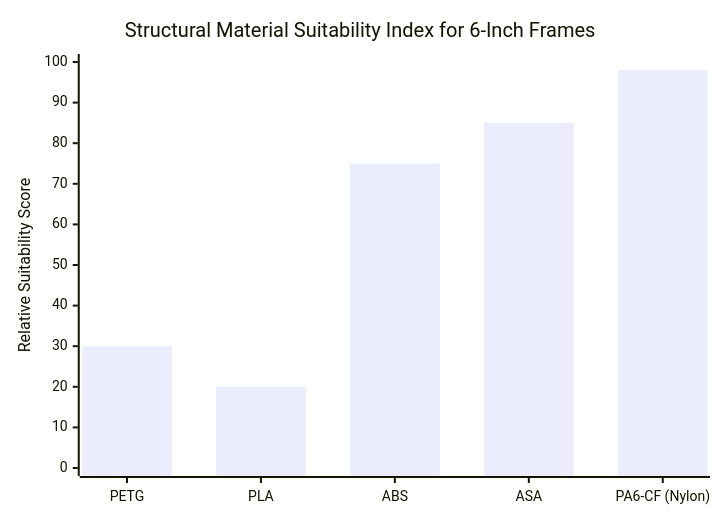
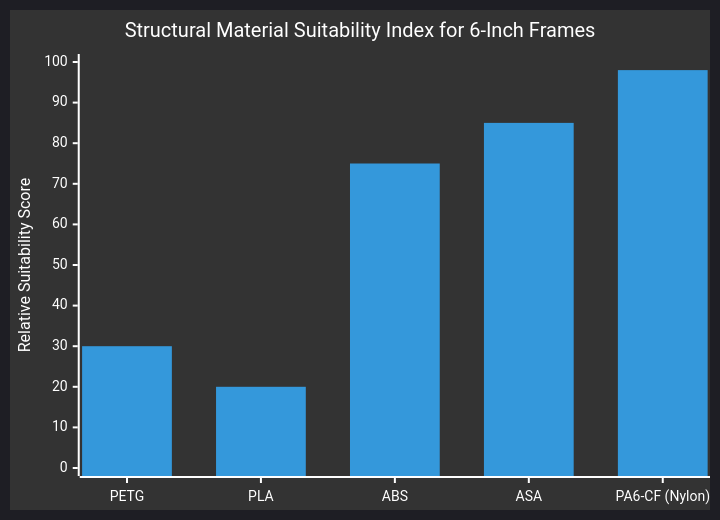
The second of 3 diagrams in hardware_cad/structural_analysis.md (ironLegion88/Autonomous-UAV), drawn with Mermaid before and after one commit. The commit also changed other lines of this file and 8 other files, not shown here.

````diff
--- a/hardware_cad/structural_analysis.md
+++ b/hardware_cad/structural_analysis.md
@@ -59,7 +60,8 @@
 ```mermaid
+%%{init: {'theme': 'dark', 'themeVariables': {'fontSize': '14px', 'primaryColor': '#1e1e1e', 'primaryTextColor': '#ffffff', 'primaryBorderColor': '#4a9eff', 'lineColor': '#4a9eff'}, 'flowchart': {'useMaxWidth': true}}}%%
 xychart-beta
     title "Structural Material Suitability Index for 6-Inch Frames"
     x-axis ["PETG", "PLA", "ABS", "ASA", "PA6-CF (Nylon)"]
     y-axis "Relative Suitability Score" 0 --> 100
     bar [30, 20, 75, 85, 98]
 ```
````
